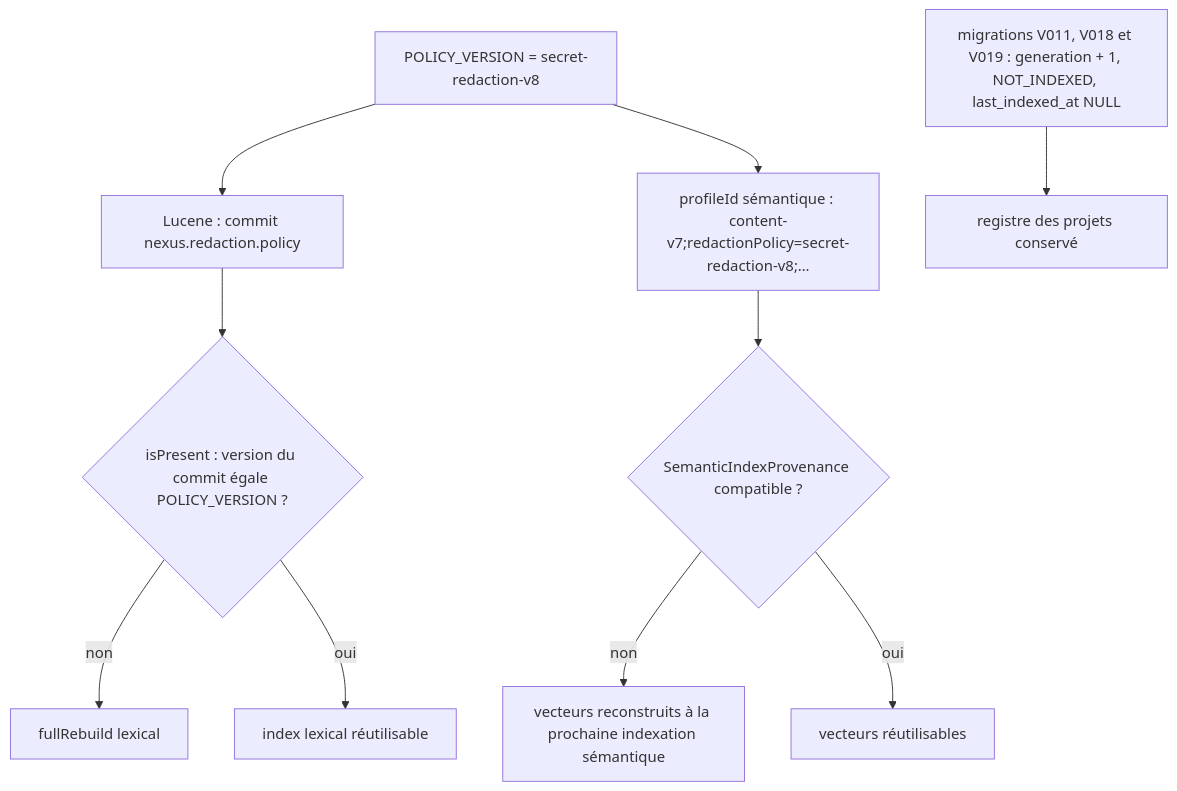
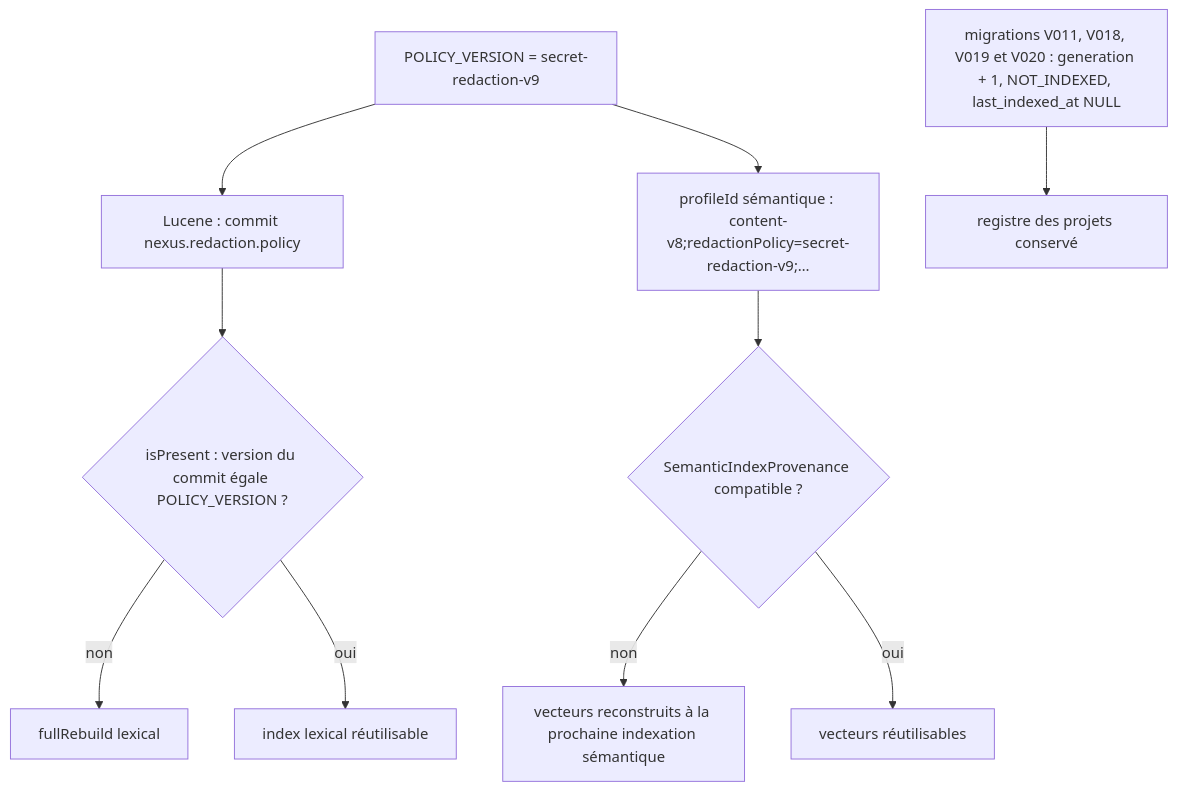
The fifth of 5 diagrams in docs/developer/secret-redaction.md (FTurleque/nexus-context-engine), drawn with Mermaid before and after one commit. The commit also changed other lines of this file and 39 other files, not shown here.

First line of the commit message:
fix(security): linear JWT/CDATA redaction and composite XML/option names (secret-redaction-v9)

````diff
--- a/docs/developer/secret-redaction.md
+++ b/docs/developer/secret-redaction.md
@@ -176,12 +201,12 @@
 ```mermaid
 flowchart TD
-    P["POLICY_VERSION = secret-redaction-v8"] --> L["Lucene : commit nexus.redaction.policy"]
-    P --> S["profileId sémantique : content-v7;redactionPolicy=secret-redaction-v8;…"]
-    M["migrations V011, V018 et V019 : generation + 1, NOT_INDEXED, last_indexed_at NULL"] --> N["registre des projets conservé"]
+    P["POLICY_VERSION = secret-redaction-v9"] --> L["Lucene : commit nexus.redaction.policy"]
+    P --> S["profileId sémantique : content-v8;redactionPolicy=secret-redaction-v9;…"]
+    M["migrations V011, V018, V019 et V020 : generation + 1, NOT_INDEXED, last_indexed_at NULL"] --> N["registre des projets conservé"]
     L --> Q{"isPresent : version du commit égale POLICY_VERSION ?"}
     Q -- non --> F["fullRebuild lexical"]
     Q -- oui --> K["index lexical réutilisable"]
     S --> T{"SemanticIndexProvenance compatible ?"}
     T -- non --> V["vecteurs reconstruits à la prochaine indexation sémantique"]
     T -- oui --> W["vecteurs réutilisables"]
 ```
````
